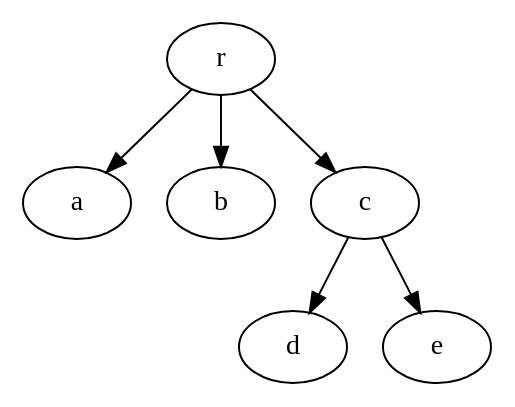
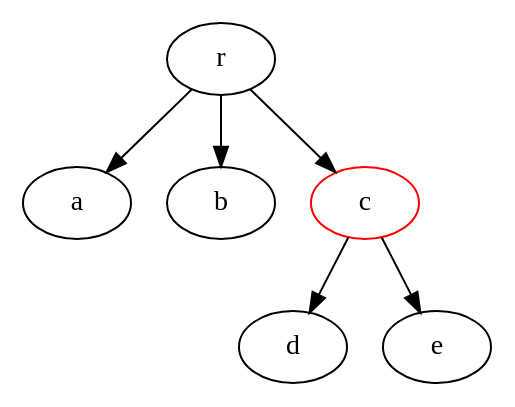
Before and after one commit to CapelliC/loqt: the diagram in lqXDot_test/gallery/tree_foldable.gv, drawn with Graphviz. The commit also changed 6 other files, not shown here.

```diff
--- a/lqXDot_test/gallery/tree_foldable.gv
+++ b/lqXDot_test/gallery/tree_foldable.gv
@@ -1,11 +1,11 @@
 /* script file tree_foldable.gv
    created at Thu Nov 21 11:02:21 2013 */
 
 digraph tree_foldable {
 	r -> a
 	r -> b
 	r -> c
-
+c [color=red]
 	c -> d
 	c -> e
 }
```
